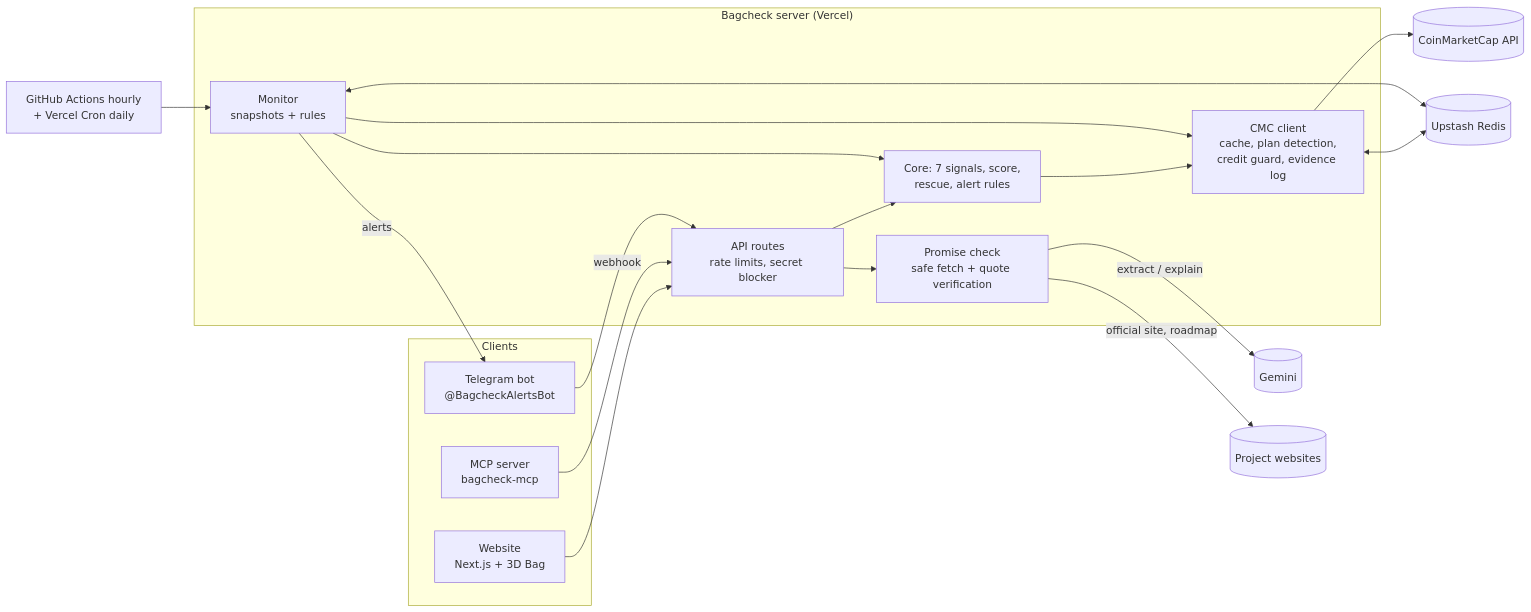
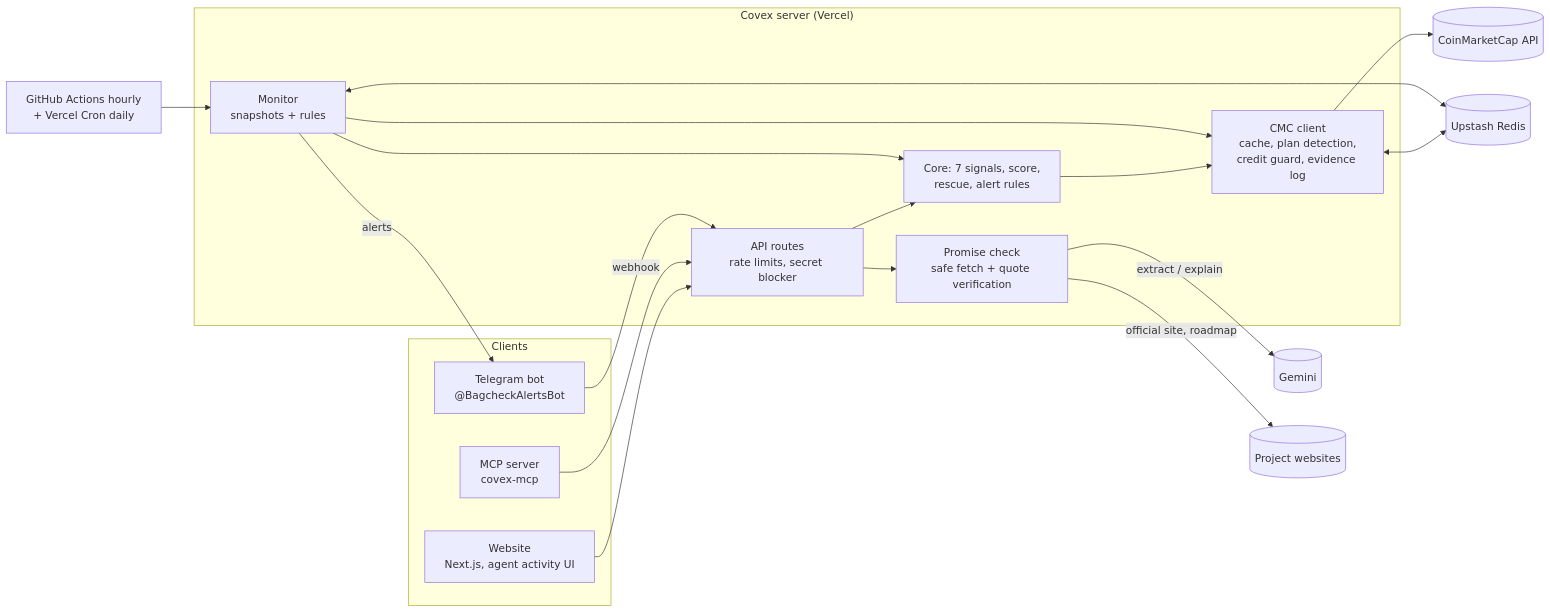
Before and after one commit to Terhemba10/bagcheck: the diagram in README.md, drawn with Mermaid. The commit also changed other lines of this file and 192 other files, not shown here.

````diff
--- a/README.md
+++ b/README.md
@@ -41,26 +41,26 @@
 ```mermaid
 flowchart LR
   subgraph Clients
-    W[Website<br/>Next.js + 3D Bag]
+    W[Website<br/>Next.js, agent activity UI]
     T[Telegram bot<br/>@BagcheckAlertsBot]
-    M[MCP server<br/>bagcheck-mcp]
+    M[MCP server<br/>covex-mcp]
   end
-  subgraph Server["Bagcheck server (Vercel)"]
+  subgraph Server["Covex server (Vercel)"]
     API[API routes<br/>rate limits, secret blocker]
     CORE[Core: 7 signals, score,<br/>rescue, alert rules]
     PROM[Promise check<br/>safe fetch + quote verification]
     CMC[CMC client<br/>cache, plan detection,<br/>credit guard, evidence log]
     MON[Monitor<br/>snapshots + rules]
   end
   GH[GitHub Actions hourly<br/>+ Vercel Cron daily] --> MON
   W & M --> API
   T -->|webhook| API
   API --> CORE & PROM
   CORE --> CMC
   MON --> CMC & CORE
   MON -->|alerts| T
   PROM -->|extract / explain| LLM[(Gemini)]
   PROM -->|official site, roadmap| WEB[(Project websites)]
   CMC --> CMCAPI[(CoinMarketCap API)]
   CMC & MON <--> KV[(Upstash Redis)]
 ```
````
